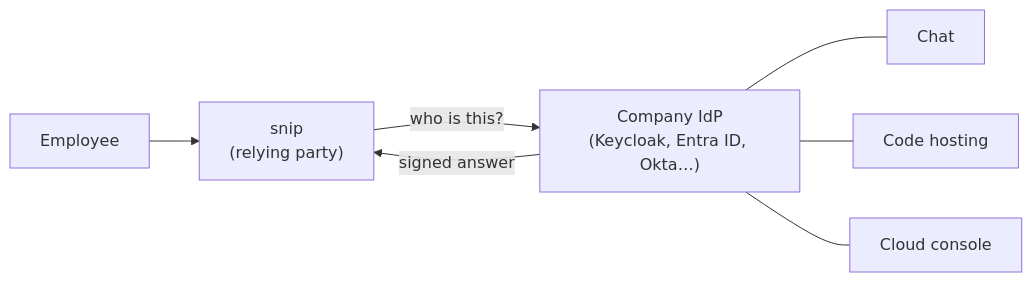
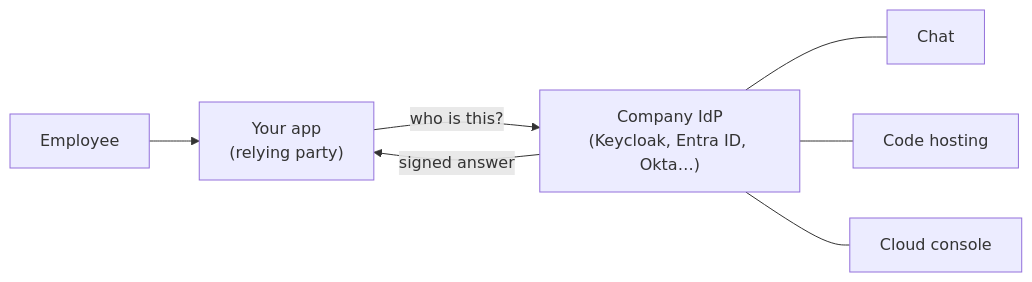
One commit to jawwadzafar/zero-to-prod changed the first of 2 diagrams in docs/security/single-sign-on.mdx. Above: the diagram before and after it, drawn with Mermaid. The commit also changed other lines of this file, not shown here.

Commit message:
docs: 7.9 SSO hook and first diagrams use a generic application instead of an unexplained 'snip'; the relying-party demo is introduced as a standalone example

````diff
--- a/docs/security/single-sign-on.mdx
+++ b/docs/security/single-sign-on.mdx
@@ -37,7 +37,7 @@
 ```mermaid
 flowchart LR
-  U["Employee"] --> A["snip<br/>(relying party)"]
+  U["Employee"] --> A["Your app<br/>(relying party)"]
   A -->|"who is this?"| I["Company IdP<br/>(Keycloak, Entra ID, Okta…)"]
   I -->|"signed answer"| A
   I --- B["Chat"] & C["Code hosting"] & D["Cloud console"]
 ```
````
